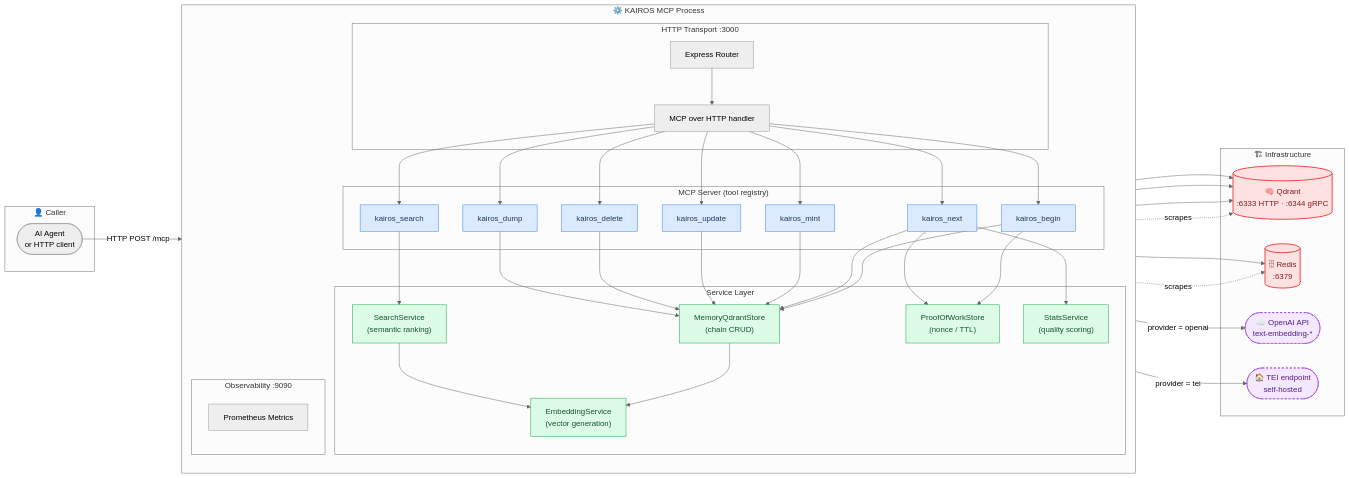
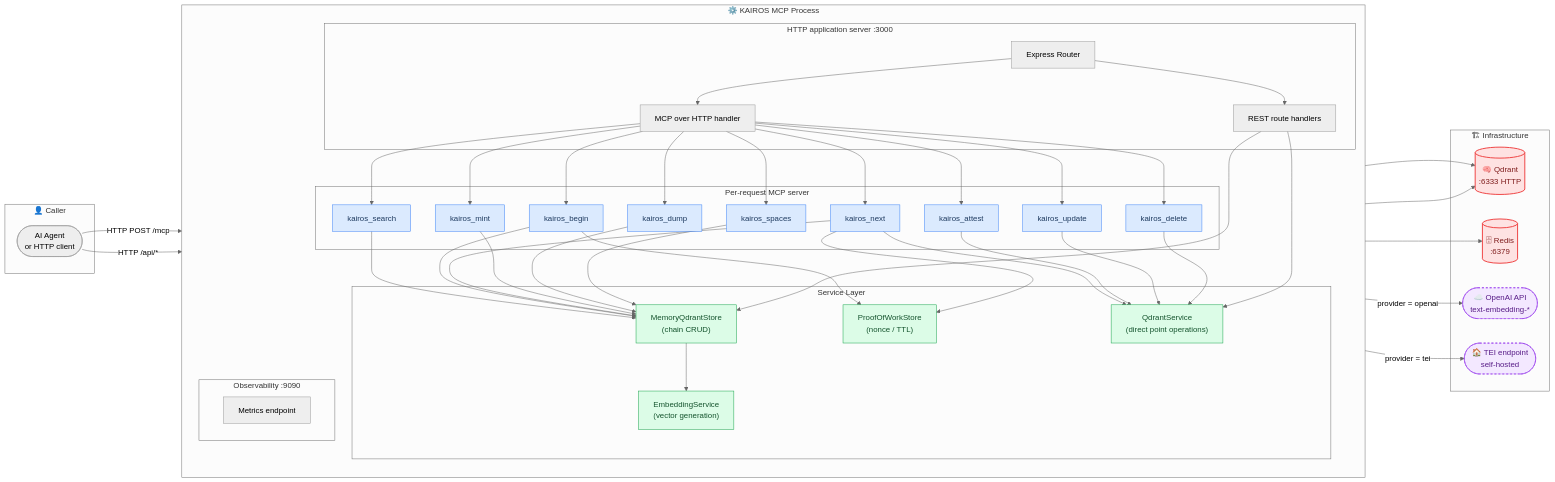
The third of 5 diagrams in docs/architecture/infrastructure.md (debian777/kairos-mcp), drawn with Mermaid (neutral theme) before and after one commit. The commit also changed other lines of this file and 32 other files, not shown here.

````diff
--- a/docs/architecture/infrastructure.md
+++ b/docs/architecture/infrastructure.md
@@ -176,42 +177,43 @@
     subgraph APP["⚙️  KAIROS MCP Process"]
         direction TB
 
-        subgraph TRANSPORT["HTTP Transport  :3000"]
+        subgraph TRANSPORT["HTTP application server :3000"]
             EXP["Express Router"]
             MCPH["MCP over HTTP handler"]
+            API["REST route handlers"]
         end
 
-        subgraph REGISTRY["MCP Server  (tool registry)"]
+        subgraph REGISTRY["Per-request MCP server"]
             T_SEARCH["kairos_search"]
             T_BEGIN["kairos_begin"]
             T_NEXT["kairos_next"]
             T_MINT["kairos_mint"]
+            T_ATTEST["kairos_attest"]
             T_UPD["kairos_update"]
             T_DEL["kairos_delete"]
             T_DUMP["kairos_dump"]
+            T_SPACES["kairos_spaces"]
         end
 
         subgraph SERVICES["Service Layer"]
             MEM_SVC["MemoryQdrantStore
             (chain CRUD)"]
-            SRCH_SVC["SearchService
-            (semantic ranking)"]
             EMB_SVC["EmbeddingService
             (vector generation)"]
             POW_SVC["ProofOfWorkStore
             (nonce / TTL)"]
-            STATS["StatsService
-            (quality scoring)"]
+            QDRANT_SVC["QdrantService
+            (direct point operations)"]
         end
 
         subgraph OBS["Observability  :9090"]
-            PROM["Prometheus Metrics"]
+            PROM["Metrics endpoint"]
         end
     end
 
     subgraph INFRA["🏗  Infrastructure"]
         QDRANT_DB[("🧠 Qdrant
-        :6333 HTTP · :6344 gRPC")]
+        :6333 HTTP")]
         REDIS_DB[("🗄 Redis
         :6379")]
         OPENAI(["☁️  OpenAI API
@@ -221,37 +223,37 @@
     end
 
     AGT   -->|"HTTP POST /mcp"| EXP
+    AGT   -->|"HTTP /api/*"| EXP
     EXP   --> MCPH
-    MCPH  --> T_SEARCH & T_BEGIN & T_NEXT & T_MINT & T_UPD & T_DEL & T_DUMP
+    EXP   --> API
+    MCPH  --> T_SEARCH & T_BEGIN & T_NEXT & T_MINT & T_ATTEST & T_UPD & T_DEL & T_DUMP & T_SPACES
 
-    T_SEARCH --> SRCH_SVC
+    T_SEARCH --> MEM_SVC
     T_BEGIN  --> MEM_SVC & POW_SVC
-    T_NEXT   --> MEM_SVC & POW_SVC & STATS
+    T_NEXT   --> MEM_SVC & POW_SVC & QDRANT_SVC
     T_MINT   --> MEM_SVC
-    T_UPD    --> MEM_SVC
-    T_DEL    --> MEM_SVC
+    T_ATTEST --> QDRANT_SVC
+    T_UPD    --> QDRANT_SVC
+    T_DEL    --> QDRANT_SVC
     T_DUMP   --> MEM_SVC
+    T_SPACES --> MEM_SVC
+    API      --> MEM_SVC & QDRANT_SVC
 
     MEM_SVC  --> EMB_SVC
     MEM_SVC  --> QDRANT_DB
-    SRCH_SVC --> EMB_SVC
-    SRCH_SVC --> QDRANT_DB
     POW_SVC  --> REDIS_DB
-    STATS    --> QDRANT_DB
+    QDRANT_SVC --> QDRANT_DB
 
     EMB_SVC  -->|"provider = openai"| OPENAI
     EMB_SVC  -->|"provider = tei"| TEI
-
-    PROM     -. "scrapes" .-> QDRANT_DB
-    PROM     -. "scrapes" .-> REDIS_DB
 
     classDef tool  fill:#dbeafe,stroke:#3b82f6,color:#1e3a5f,stroke-width:1px
     classDef svc   fill:#dcfce7,stroke:#16a34a,color:#14532d,stroke-width:1px
     classDef infra fill:#fee2e2,stroke:#ef4444,color:#7f1d1d,stroke-width:2px
     classDef ext   fill:#f3e8ff,stroke:#9333ea,color:#581c87,stroke-width:1px,stroke-dasharray:4
 
-    class T_SEARCH,T_BEGIN,T_NEXT,T_MINT,T_UPD,T_DEL,T_DUMP tool
-    class MEM_SVC,SRCH_SVC,EMB_SVC,POW_SVC,STATS svc
+    class T_SEARCH,T_BEGIN,T_NEXT,T_MINT,T_ATTEST,T_UPD,T_DEL,T_DUMP,T_SPACES tool
+    class MEM_SVC,EMB_SVC,POW_SVC,QDRANT_SVC svc
     class QDRANT_DB,REDIS_DB infra
     class OPENAI,TEI ext
 ```
````
